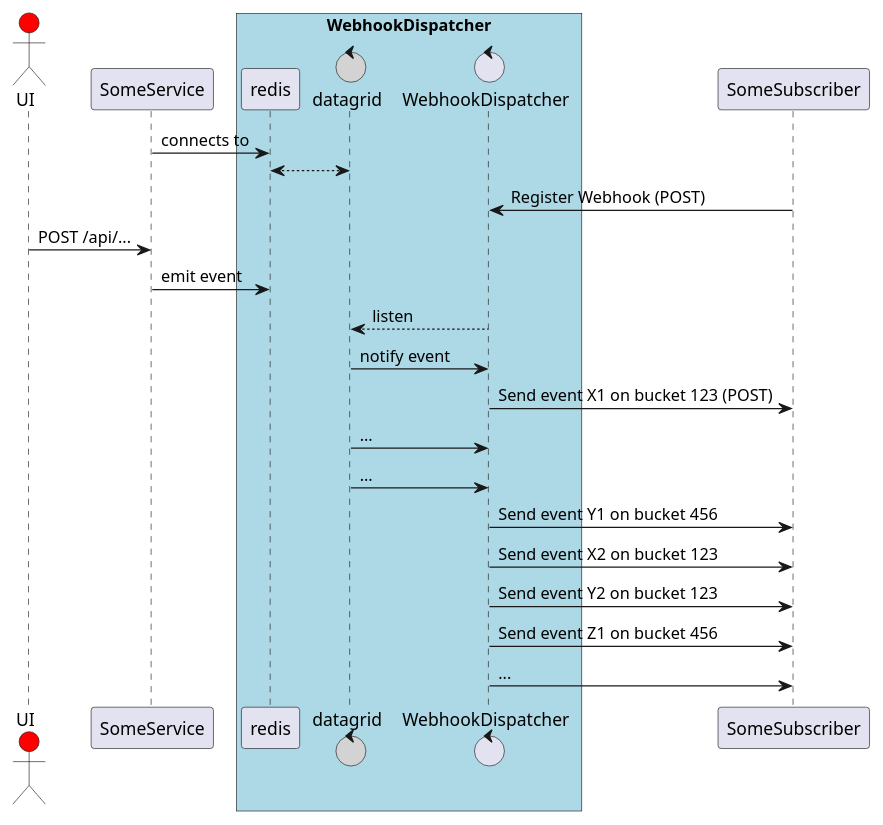
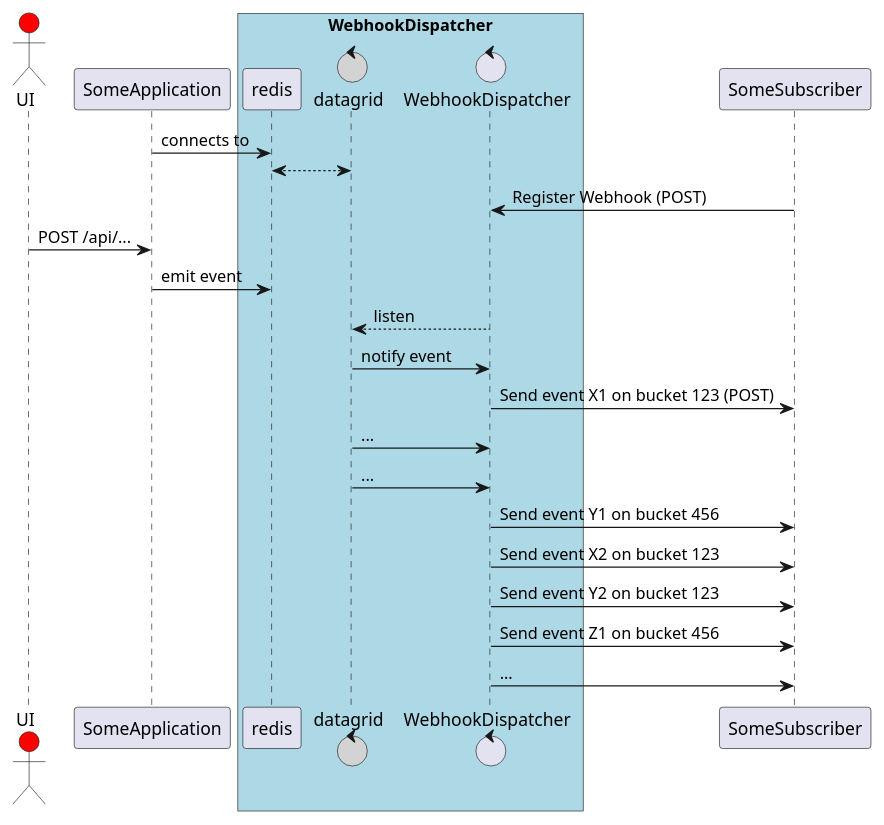
Before and after one commit to cbonami/wh-dispatcher: the diagram in img/webhookArchitecture.puml, drawn with PlantUML. The commit also changed 1 other file, not shown here.

Commit message:
SomeApplication

```diff
--- a/img/webhookArchitecture.puml
+++ b/img/webhookArchitecture.puml
@@ -1,23 +1,23 @@
 @startuml webhookArchitecture
 actor UI #red
-SomeService -> redis: connects to
+SomeApplication -> redis: connects to
 box "WebhookDispatcher" #lightblue
     database redis
     control datagrid #lightgrey
     redis <--> datagrid
     control WebhookDispatcher
 end box
 SomeSubscriber -> WebhookDispatcher: Register Webhook (POST)
-UI -> SomeService: POST /api/...
-SomeService -> redis: emit event
+UI -> SomeApplication: POST /api/...
+SomeApplication -> redis: emit event
 WebhookDispatcher --> datagrid: listen
 datagrid -> WebhookDispatcher: notify event
 WebhookDispatcher -> SomeSubscriber: Send event X1 on bucket 123 (POST)
 datagrid -> WebhookDispatcher: ...
 datagrid -> WebhookDispatcher: ...
 WebhookDispatcher -> SomeSubscriber: Send event Y1 on bucket 456
 WebhookDispatcher -> SomeSubscriber: Send event X2 on bucket 123
 WebhookDispatcher -> SomeSubscriber: Send event Y2 on bucket 123
 WebhookDispatcher -> SomeSubscriber: Send event Z1 on bucket 456
 WebhookDispatcher -> SomeSubscriber: ...
 @enduml
```
